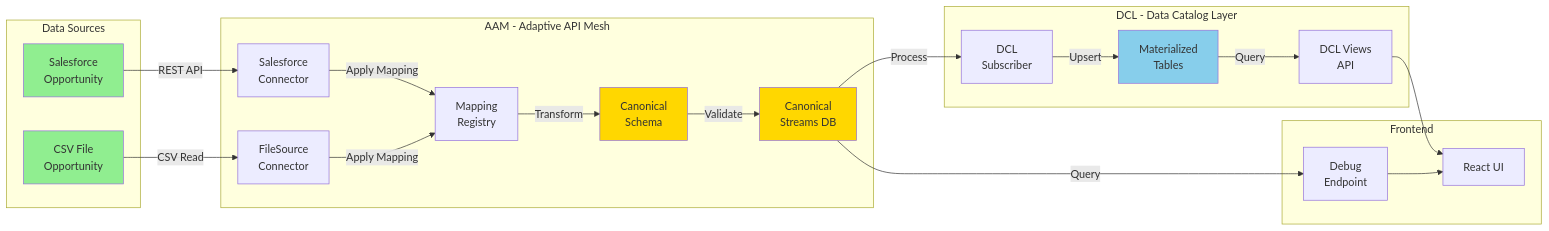
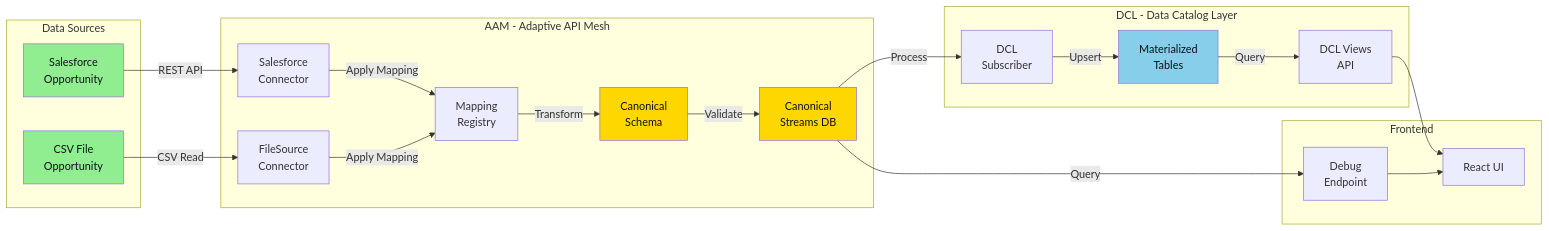
One commit to ilyacantor/autonomos-platform changed the second of 8 diagrams in ARCHITECTURE.md. Above: the diagram before and after it, drawn with Mermaid. The commit also changed other lines of this file and 1 other file, not shown here.

First line of the commit message:
Update diagram text color for better readability on all backgrounds

````diff
--- a/ARCHITECTURE.md
+++ b/ARCHITECTURE.md
@@ -99,50 +99,50 @@
 ```mermaid
 graph LR
     subgraph "Data Sources"
         SF_OPP[Salesforce<br/>Opportunity]
         CSV_OPP[CSV File<br/>Opportunity]
     end
 
     subgraph "AAM - Adaptive API Mesh"
         CONN_SF[Salesforce<br/>Connector]
         CONN_FS[FileSource<br/>Connector]
         MAP_REG[Mapping<br/>Registry]
         CANON[Canonical<br/>Schema]
         STREAM[Canonical<br/>Streams DB]
     end
 
     subgraph "DCL - Data Catalog Layer"
         SUB[DCL<br/>Subscriber]
         MAT[Materialized<br/>Tables]
         VIEWS[DCL Views<br/>API]
     end
 
     subgraph "Frontend"
         UI[React UI]
         DEBUG[Debug<br/>Endpoint]
     end
 
     SF_OPP -->|REST API| CONN_SF
     CSV_OPP -->|CSV Read| CONN_FS
 
     CONN_SF -->|Apply Mapping| MAP_REG
     CONN_FS -->|Apply Mapping| MAP_REG
 
     MAP_REG -->|Transform| CANON
     CANON -->|Validate| STREAM
 
     STREAM -->|Process| SUB
     SUB -->|Upsert| MAT
 
     MAT -->|Query| VIEWS
     STREAM -->|Query| DEBUG
 
     VIEWS --> UI
     DEBUG --> UI
 
-    style SF_OPP fill:#90EE90
-    style CSV_OPP fill:#90EE90
-    style CANON fill:#FFD700
-    style STREAM fill:#FFD700
-    style MAT fill:#87CEEB
+    style SF_OPP fill:#90EE90,color:#0D1117
+    style CSV_OPP fill:#90EE90,color:#0D1117
+    style CANON fill:#FFD700,color:#0D1117
+    style STREAM fill:#FFD700,color:#0D1117
+    style MAT fill:#87CEEB,color:#0D1117
 ```
````
